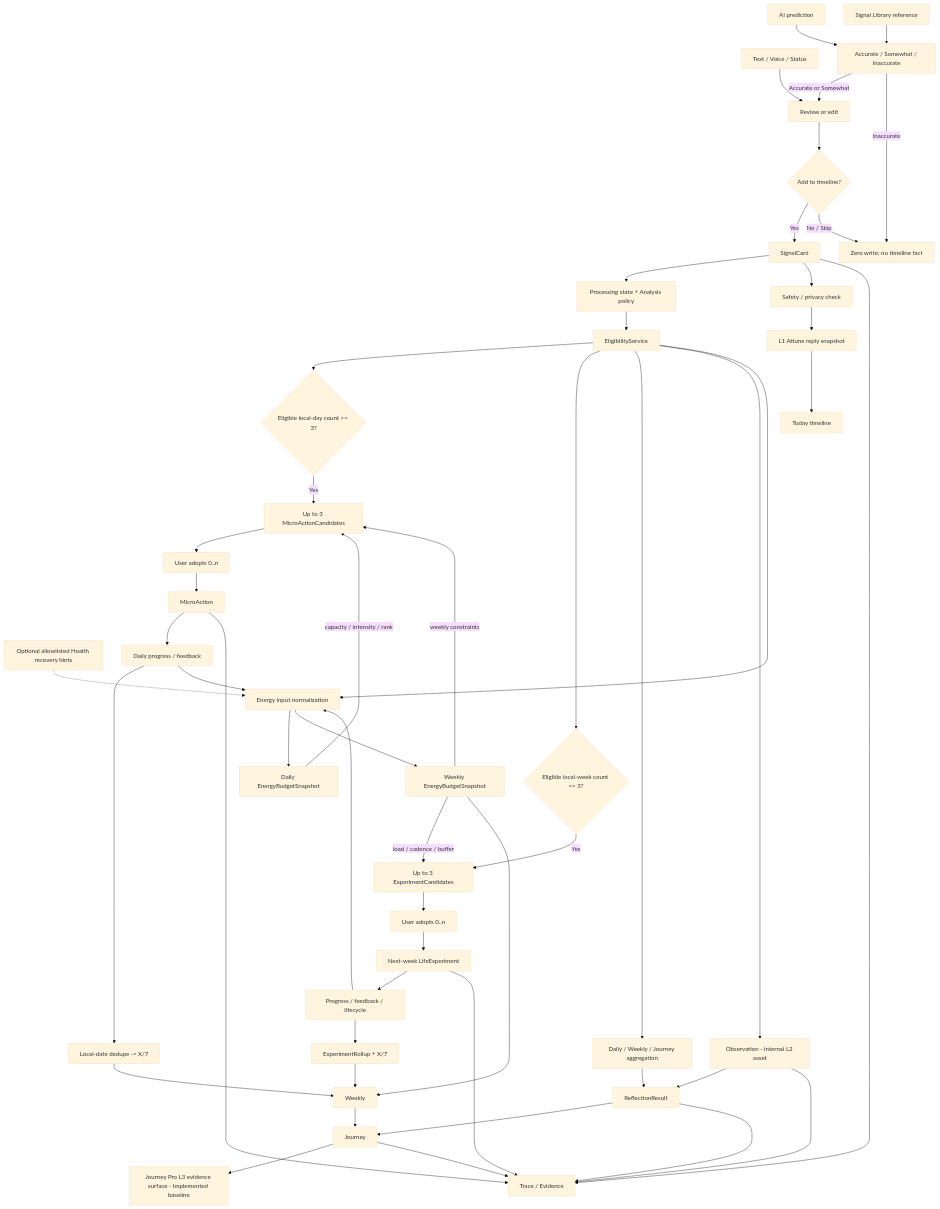
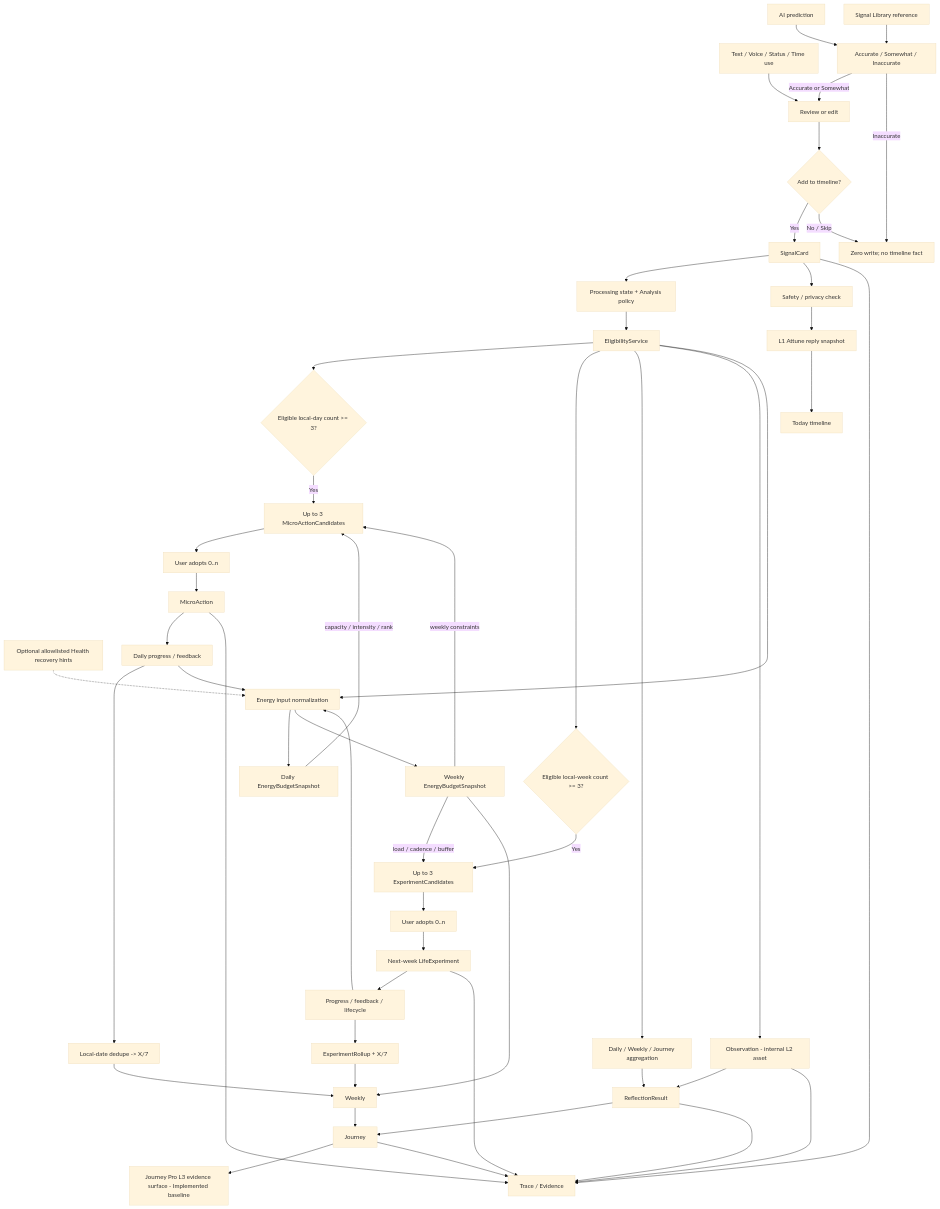
The diagram in docs/active/data_flow.md (itsukikuchiki/ai_opportunity_radar), drawn with Mermaid (base theme) before and after one commit. The commit also changed other lines of this file and 98 other files, not shown here.

````diff
--- a/docs/active/data_flow.md
+++ b/docs/active/data_flow.md
@@ -34,58 +34,58 @@
 ```mermaid
 flowchart TD
-  IN["Text / Voice / Status"] --> EDIT["Review or edit"]
+  IN["Text / Voice / Status / Time use"] --> EDIT["Review or edit"]
   PRED["AI prediction"] --> RATE["Accurate / Somewhat / Inaccurate"]
   LIB["Signal Library reference"] --> RATE
   RATE -->|"Accurate or Somewhat"| EDIT
   RATE -->|"Inaccurate"| NOFACT["Zero write; no timeline fact"]
   EDIT --> DECIDE{"Add to timeline?"}
   DECIDE -->|"Yes"| SC["SignalCard"]
   DECIDE -->|"No / Skip"| NOFACT
 
   SC --> PROC["Processing state + Analysis policy"]
   SC --> SAFE["Safety / privacy check"]
   SAFE --> ATTUNE["L1 Attune reply snapshot"]
   ATTUNE --> TODAY["Today timeline"]
   PROC --> EL["EligibilityService"]
   EL --> DAY{"Eligible local-day count >= 3?"}
   EL --> WEEK{"Eligible local-week count >= 3?"}
   EL --> SNAP["Daily / Weekly / Journey aggregation"]
   EL --> OBS["Observation - internal L2 asset"]
   EL --> ENORM["Energy input normalization"]
   EXT["Optional allowlisted Health recovery hints"] -.-> ENORM
   ENORM --> DE["Daily EnergyBudgetSnapshot"]
   ENORM --> WE["Weekly EnergyBudgetSnapshot"]
 
   DAY -->|"Yes"| MAC["Up to 3 MicroActionCandidates"]
   DE -->|"capacity / intensity / rank"| MAC
   WE -->|"weekly constraints"| MAC
   MAC --> MASEL["User adopts 0..n"]
   MASEL --> MA["MicroAction"]
   MA --> MAFB["Daily progress / feedback"]
   MAFB --> MAP["Local-date dedupe -> X/7"]
   MAFB --> ENORM
 
   WEEK -->|"Yes"| EC["Up to 3 ExperimentCandidates"]
   WE -->|"load / cadence / buffer"| EC
   EC --> ECSEL["User adopts 0..n"]
   ECSEL --> LE["Next-week LifeExperiment"]
   LE --> LEFB["Progress / feedback / lifecycle"]
   LEFB --> ROLL["ExperimentRollup + X/7"]
   LEFB --> ENORM
 
   SNAP --> RR["ReflectionResult"]
   OBS --> RR
   MAP --> WS["Weekly"]
   ROLL --> WS
   WE --> WS
   WS --> J["Journey"]
   RR --> J
   J --> JL3["Journey Pro L3 evidence surface - Implemented baseline"]
 
   SC --> TRACE["Trace / Evidence"]
   OBS --> TRACE
   RR --> TRACE
   MA --> TRACE
   LE --> TRACE
   J --> TRACE
 ```
````
